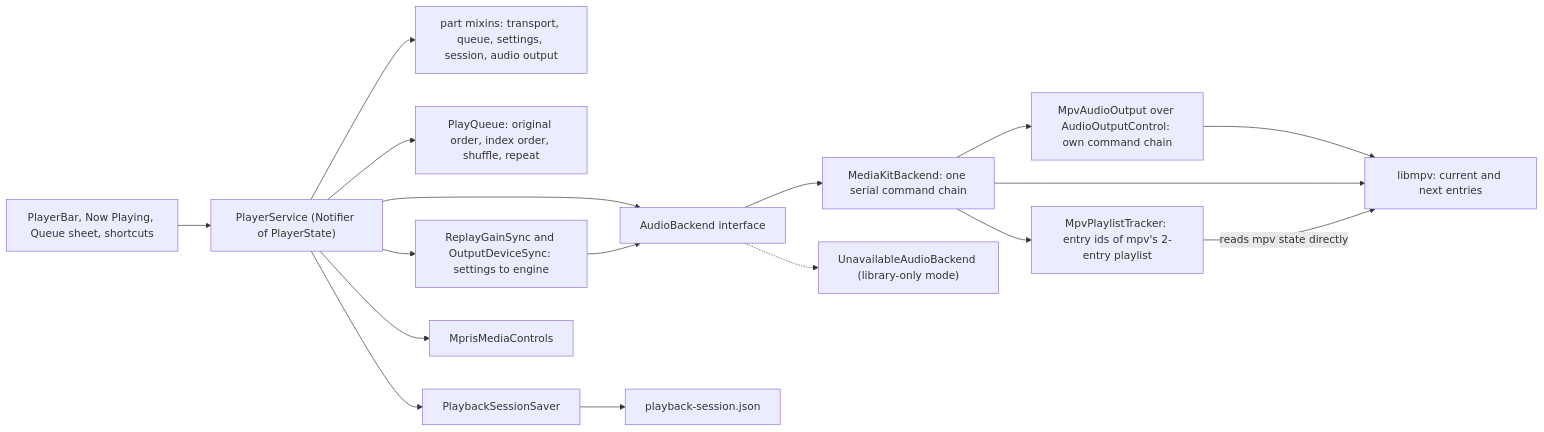
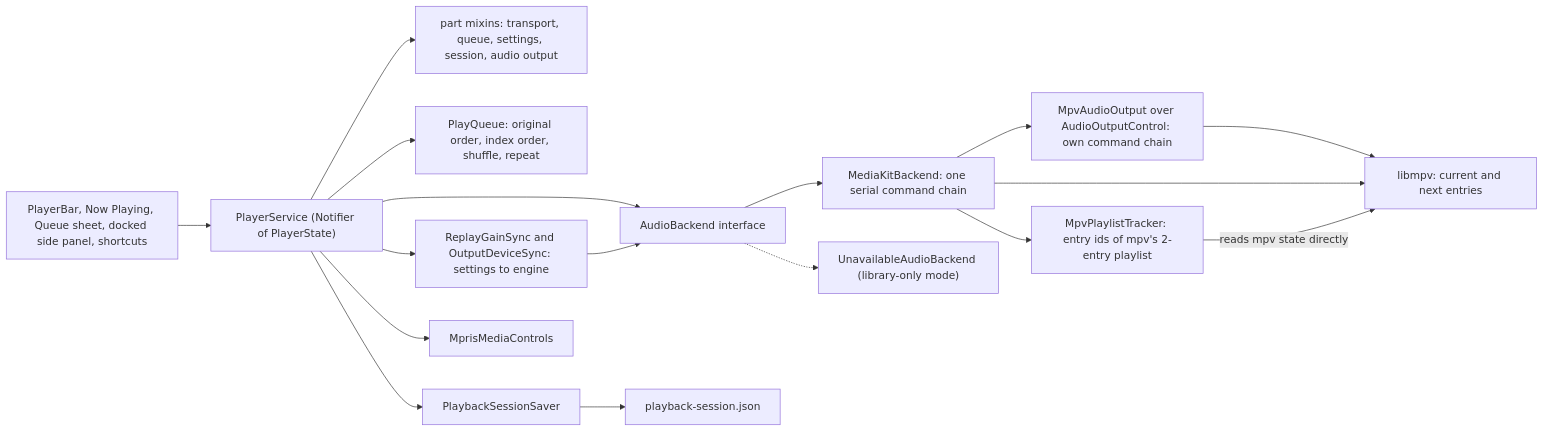
One commit to kanaru313/kanaru changed the fourth of 8 diagrams in docs/system-architecture.md. Above: the diagram before and after it, drawn with Mermaid. The commit also changed 20 other files, not shown here.

First line of the commit message:
feat(player): optional docked side panel with the queue and lyrics on wide windows

````diff
--- a/docs/system-architecture.md
+++ b/docs/system-architecture.md
@@ -238,19 +238,19 @@
 ```mermaid
 flowchart LR
-    UI["PlayerBar, Now Playing, Queue sheet, shortcuts"] --> PS["PlayerService (Notifier of PlayerState)"]
+    UI["PlayerBar, Now Playing, Queue sheet, docked side panel, shortcuts"] --> PS["PlayerService (Notifier of PlayerState)"]
     PS --> Parts["part mixins: transport, queue, settings, session, audio output"]
     PS --> PQ["PlayQueue: original order, index order, shuffle, repeat"]
     PS --> AB["AudioBackend interface"]
     PS --> Sync["ReplayGainSync and OutputDeviceSync: settings to engine"]
     Sync --> AB
     PS --> Sess["PlaybackSessionSaver"]
     AB --> MKB["MediaKitBackend: one serial command chain"]
     AB -.-> UAB["UnavailableAudioBackend (library-only mode)"]
     MKB --> Track["MpvPlaylistTracker: entry ids of mpv's 2-entry playlist"]
     MKB --> AO["MpvAudioOutput over AudioOutputControl: own command chain"]
     AO --> Mpv
     MKB --> Mpv["libmpv: current and next entries"]
     Track -- "reads mpv state directly" --> Mpv
     Sess --> File["playback-session.json"]
     PS --> MC["MprisMediaControls"]
 ```
````
